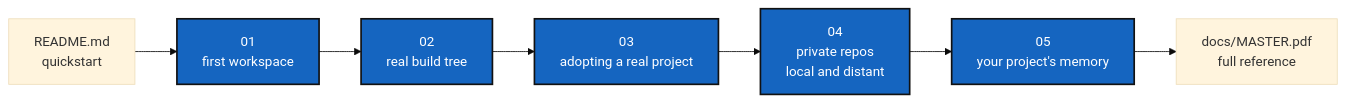
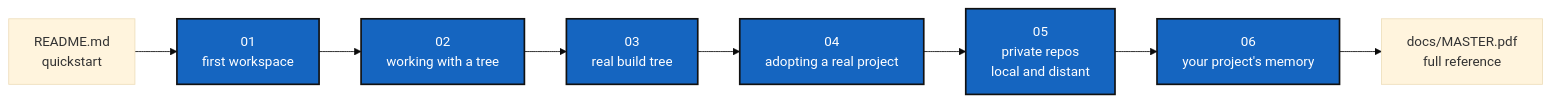
Before and after one commit to flipoyo/ComplexGitSync: the diagram in tutorials/README.md, drawn with Mermaid (base theme). The commit also changed other lines of this file and 17 other files, not shown here.

````diff
--- a/tutorials/README.md
+++ b/tutorials/README.md
@@ -27,12 +27,13 @@
 ```mermaid
 graph LR
     README["README.md<br/>quickstart"] --> T1["01<br/>first workspace"]
-    T1 --> T2["02<br/>real build tree"]
-    T2 --> T3["03<br/>adopting a real project"]
-    T3 --> T4["04<br/>private repos<br/>local and distant"]
-    T4 --> T5["05<br/>your project's memory"]
-    T5 --> REF["docs/MASTER.pdf<br/>full reference"]
+    T1 --> T2["02<br/>working with a tree"]
+    T2 --> T3["03<br/>real build tree"]
+    T3 --> T4["04<br/>adopting a real project"]
+    T4 --> T5["05<br/>private repos<br/>local and distant"]
+    T5 --> T6["06<br/>your project's memory"]
+    T6 --> REF["docs/MASTER.pdf<br/>full reference"]
 
     classDef here fill:#1565C0,color:#fff,stroke:#111,stroke-width:2px;
-    class T1,T2,T3,T4,T5 here;
+    class T1,T2,T3,T4,T5,T6 here;
 ```
````
